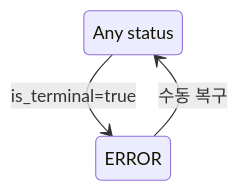
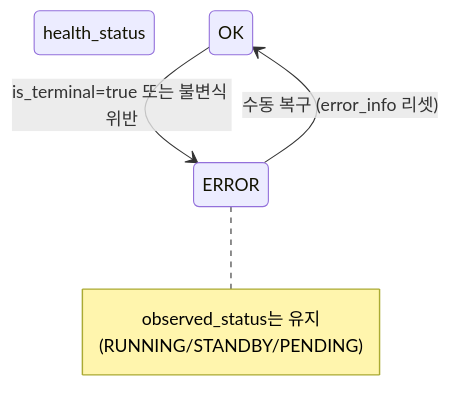
Before and after one commit to cagojeiger/code-hub: the third of 6 diagrams in docs/spec_v2/02-states.md, drawn with Mermaid. The commit also changed other lines of this file and 4 other files, not shown here.

First line of the commit message:
docs(spec_v2): separate ERROR into health_status, add adaptive polling

````diff
--- a/docs/spec_v2/02-states.md
+++ b/docs/spec_v2/02-states.md
@@ -101,7 +123,15 @@
 ```mermaid
 stateDiagram-v2
     direction TB
-    state "Any status" as any
-    any --> ERROR: is_terminal=true
-    ERROR --> any: 수동 복구
+    state "health_status" as health
+    state "OK" as ok
+    state "ERROR" as error
+
+    ok --> error: is_terminal=true 또는 불변식 위반
+    error --> ok: 수동 복구 (error_info 리셋)
+
+    note right of error
+        observed_status는 유지
+        (RUNNING/STANDBY/PENDING)
+    end note
 ```
````
